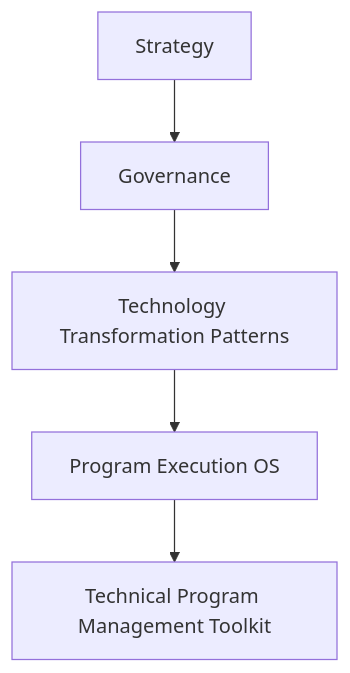
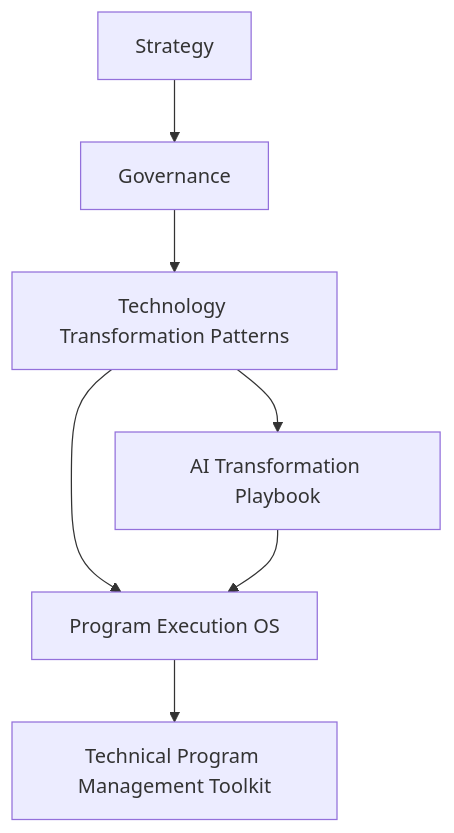
One commit to somerwalker/technology-transformation-patterns changed the second of 2 diagrams in README.md. Above: the diagram before and after it, drawn with Mermaid. The commit also changed other lines of this file, not shown here.

````diff
--- a/README.md
+++ b/README.md
@@ -106,9 +106,12 @@
 ```mermaid
 flowchart TB
 
 Strategy[Strategy]
 --> Governance[Governance]
 --> Patterns[Technology Transformation Patterns]
 --> Execution[Program Execution OS]
 --> Delivery[Technical Program Management Toolkit]
+
+Patterns --> AI[AI Transformation Playbook]
+AI --> Execution
 ```
````
